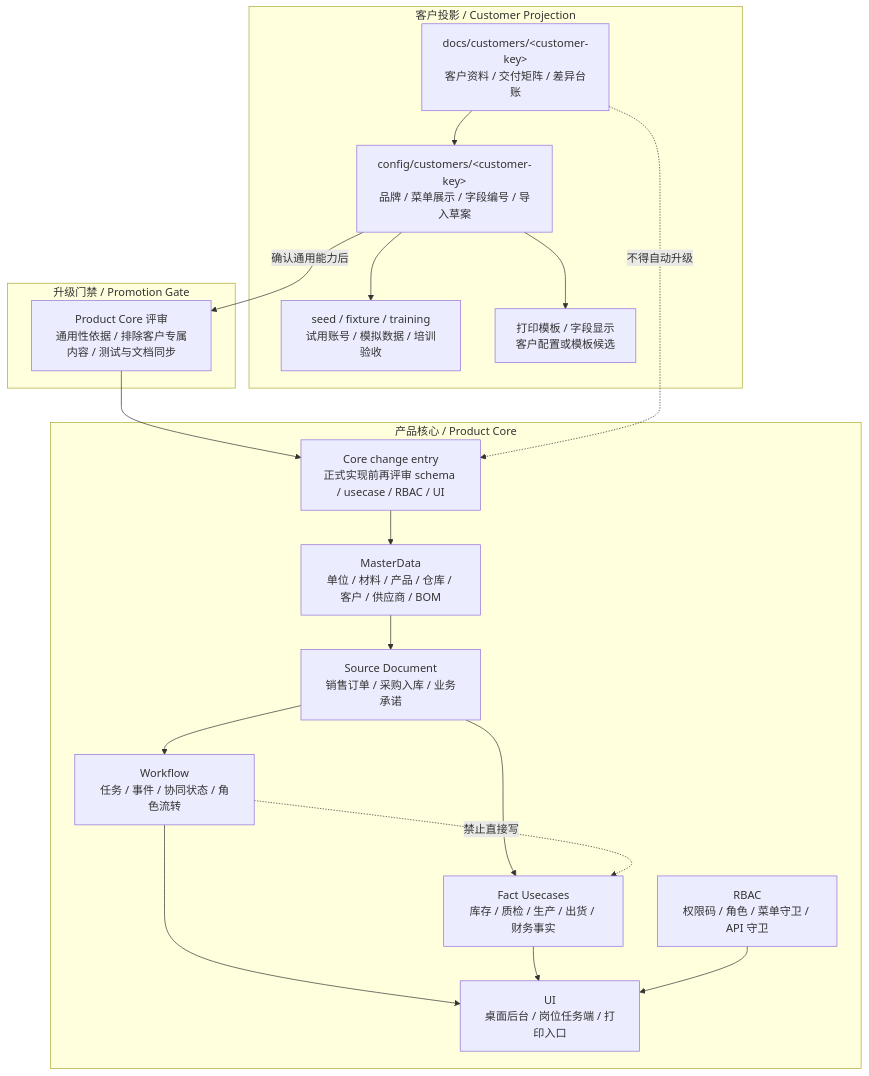
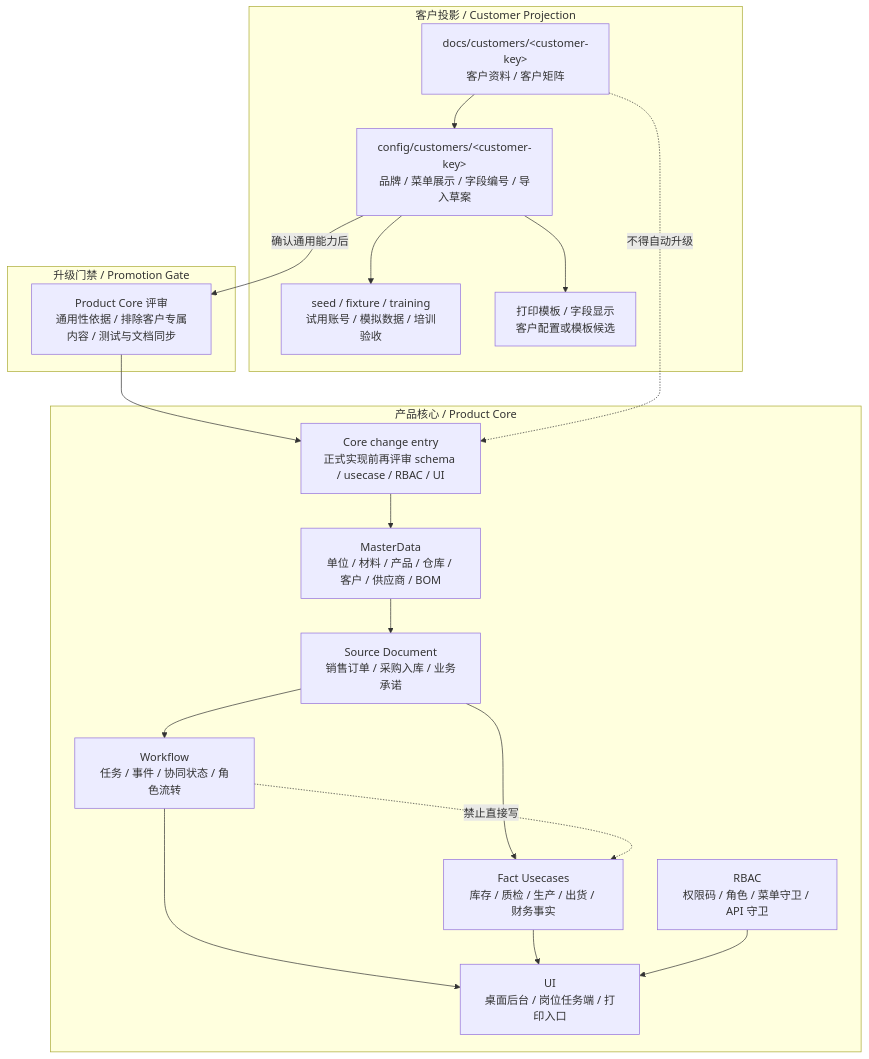
One commit to saurick/plush-toy-erp changed the diagram in docs/product/模块边界.md. Above: the diagram before and after it, drawn with Mermaid. The commit also changed 163 other files, not shown here.

````diff
--- a/docs/product/模块边界.md
+++ b/docs/product/模块边界.md
@@ -17,38 +17,38 @@
 ```mermaid
 flowchart TD
   subgraph core["产品核心 / Product Core"]
     coreEntry["Core change entry<br/>正式实现前再评审 schema / usecase / RBAC / UI"]
     master["MasterData<br/>单位 / 材料 / 产品 / 仓库 / 客户 / 供应商 / BOM"]
     sourceDoc["Source Document<br/>销售订单 / 采购入库 / 业务承诺"]
     workflow["Workflow<br/>任务 / 事件 / 协同状态 / 角色流转"]
     fact["Fact Usecases<br/>库存 / 质检 / 生产 / 出货 / 财务事实"]
     rbac["RBAC<br/>权限码 / 角色 / 菜单守卫 / API 守卫"]
     ui["UI<br/>桌面后台 / 岗位任务端 / 打印入口"]
   end
 
   subgraph customer["客户投影 / Customer Projection"]
-    customerDocs["docs/customers/&lt;customer-key&gt;<br/>客户资料 / 交付矩阵 / 差异台账"]
+    customerDocs["docs/customers/&lt;customer-key&gt;<br/>客户资料 / 客户矩阵"]
     customerConfig["config/customers/&lt;customer-key&gt;<br/>品牌 / 菜单展示 / 字段编号 / 导入草案"]
     customerSeed["seed / fixture / training<br/>试用账号 / 模拟数据 / 培训验收"]
     customerTemplate["打印模板 / 字段显示<br/>客户配置或模板候选"]
   end
 
   subgraph review["升级门禁 / Promotion Gate"]
     coreReview["Product Core 评审<br/>通用性依据 / 排除客户专属内容 / 测试与文档同步"]
   end
 
   master --> sourceDoc
   sourceDoc --> workflow
   sourceDoc --> fact
   workflow --> ui
   fact --> ui
   rbac --> ui
   customerDocs --> customerConfig
   customerConfig --> customerSeed
   customerConfig --> customerTemplate
   customerConfig -->|确认通用能力后| coreReview
   coreReview --> coreEntry
   coreEntry --> master
   customerDocs -. 不得自动升级 .-> coreEntry
   workflow -. 禁止直接写 .-> fact
 ```
````
